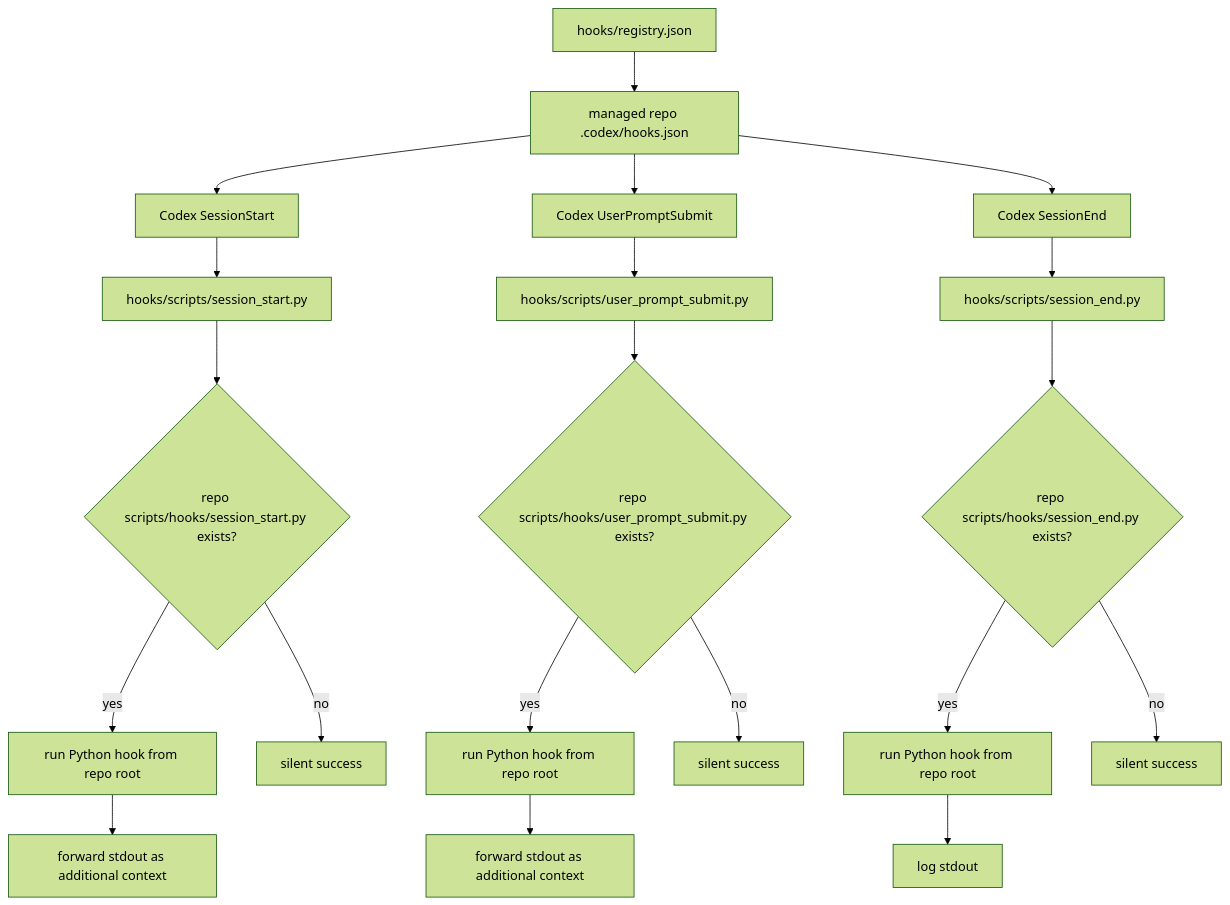
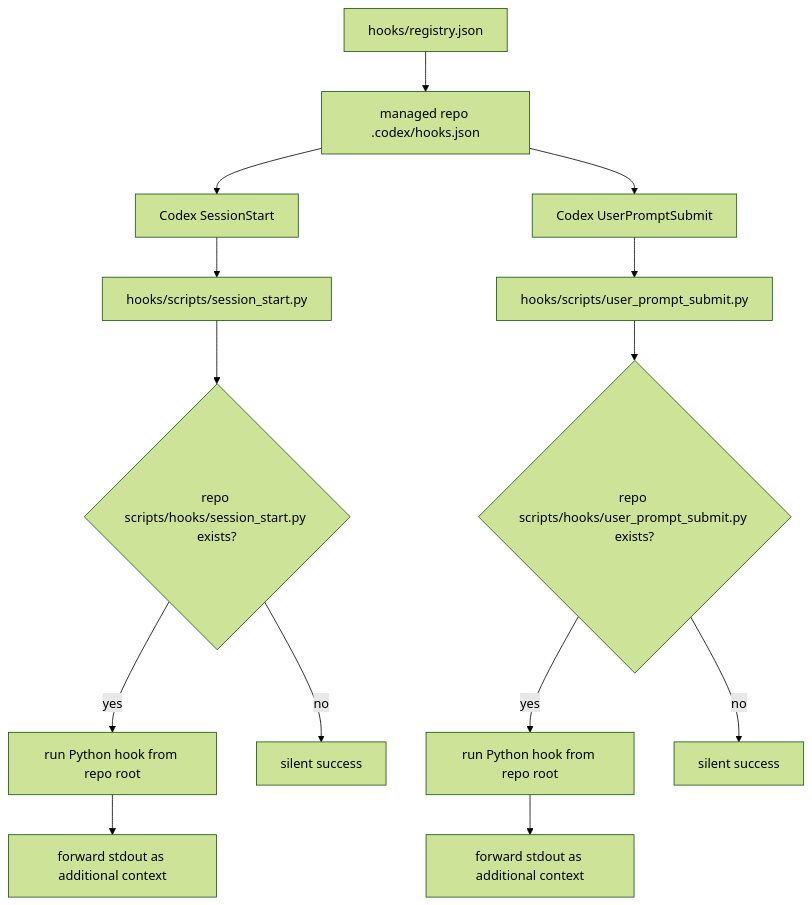
The third of 5 diagrams in docs/architecture/codex-control-plane-script-flows.md (wisdom-in-a-nutshell/.agents), drawn with Mermaid (forest theme) before and after one commit. The commit also changed other lines of this file and 9 other files, not shown here.

````diff
--- a/docs/architecture/codex-control-plane-script-flows.md
+++ b/docs/architecture/codex-control-plane-script-flows.md
@@ -65,24 +65,17 @@
 ```mermaid
 flowchart TD
     A["hooks/registry.json"] --> B["managed repo .codex/hooks.json"]
     B --> C["Codex SessionStart"]
     C --> D["hooks/scripts/session_start.py"]
     D --> E{"repo scripts/hooks/session_start.py exists?"}
     E -->|"yes"| F["run Python hook from repo root"]
     F --> G["forward stdout as additional context"]
     E -->|"no"| H["silent success"]
 
     B --> I["Codex UserPromptSubmit"]
     I --> J["hooks/scripts/user_prompt_submit.py"]
     J --> K{"repo scripts/hooks/user_prompt_submit.py exists?"}
     K -->|"yes"| L["run Python hook from repo root"]
     L --> M["forward stdout as additional context"]
     K -->|"no"| N["silent success"]
-
-    B --> U["Codex SessionEnd"]
-    U --> V["hooks/scripts/session_end.py"]
-    V --> W{"repo scripts/hooks/session_end.py exists?"}
-    W -->|"yes"| X["run Python hook from repo root"]
-    X --> Y["log stdout"]
-    W -->|"no"| Z["silent success"]
 ```
````
